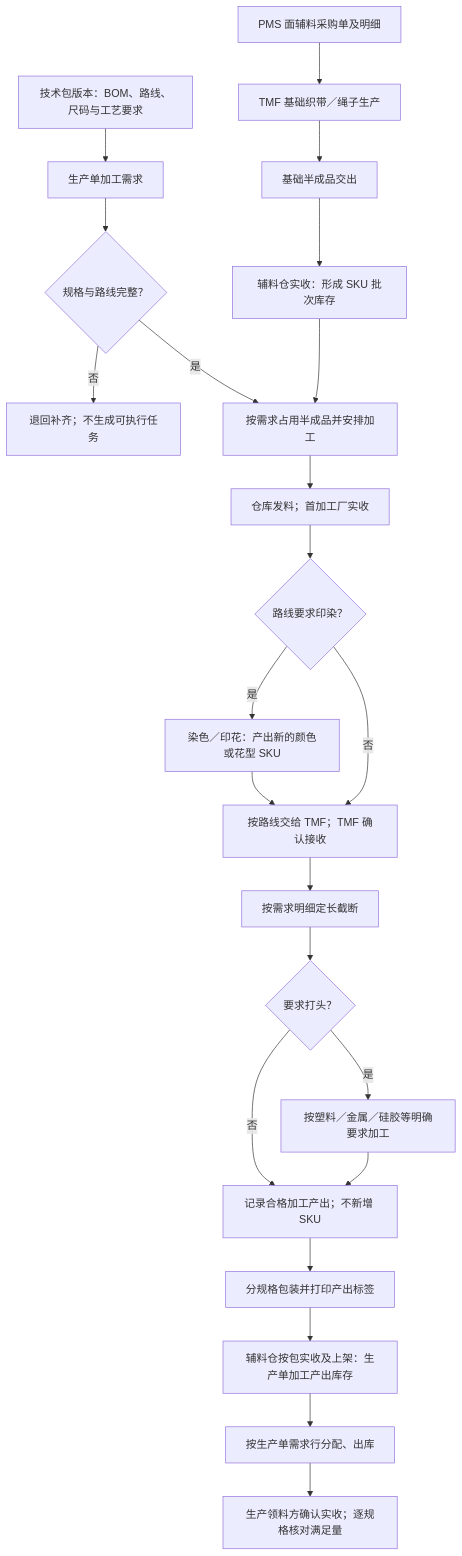
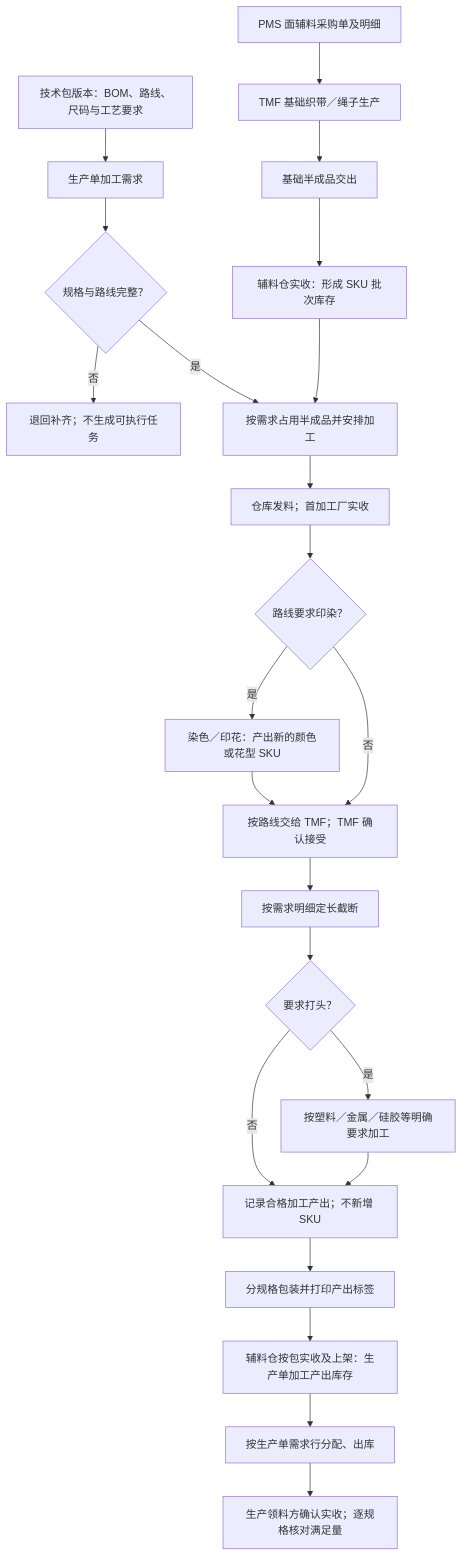
The first of 5 diagrams in docs/product-design/tmf-webbing/织带厂管理产品方案.md (laoertongxue/higoods), drawn with Mermaid before and after one commit. The commit also changed other lines of this file and 51 other files, not shown here.

````diff
--- a/docs/product-design/tmf-webbing/织带厂管理产品方案.md
+++ b/docs/product-design/tmf-webbing/织带厂管理产品方案.md
@@ -177,25 +177,25 @@
 ```mermaid
 flowchart TD
   P["PMS 面辅料采购单及明细"] --> B["TMF 基础织带／绳子生产"]
   B --> H["基础半成品交出"]
   H --> R["辅料仓实收：形成 SKU 批次库存"]
   T["技术包版本：BOM、路线、尺码与工艺要求"] --> O["生产单加工需求"]
   O --> C{"规格与路线完整？"}
   C -- 否 --> X["退回补齐；不生成可执行任务"]
   C -- 是 --> A["按需求占用半成品并安排加工"]
   R --> A
   A --> I["仓库发料；首加工厂实收"]
   I --> D{"路线要求印染？"}
   D -- 是 --> DP["染色／印花：产出新的颜色或花型 SKU"]
-  DP --> TR["按路线交给 TMF；TMF 确认接收"]
+  DP --> TR["按路线交给 TMF；TMF 确认接受"]
   D -- 否 --> TR
   TR --> CUT["按需求明细定长截断"]
   CUT --> TIP{"要求打头？"}
   TIP -- 是 --> TP["按塑料／金属／硅胶等明确要求加工"]
   TIP -- 否 --> Q["记录合格加工产出；不新增 SKU"]
   TP --> Q
   Q --> PK["分规格包装并打印产出标签"]
   PK --> WH["辅料仓按包实收及上架：生产单加工产出库存"]
   WH --> AL["按生产单需求行分配、出库"]
   AL --> END["生产领料方确认实收；逐规格核对满足量"]
 ```
````
